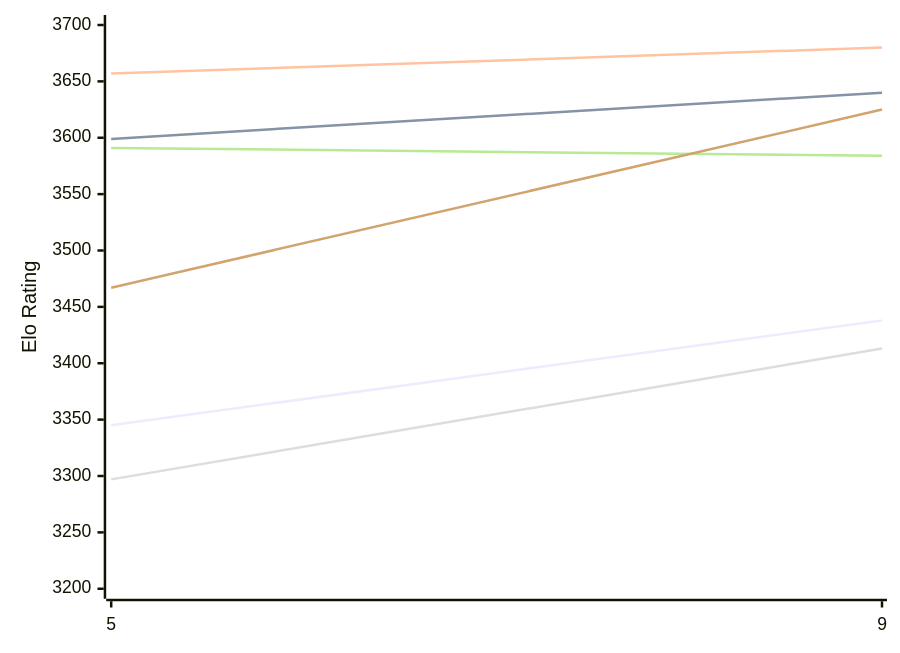
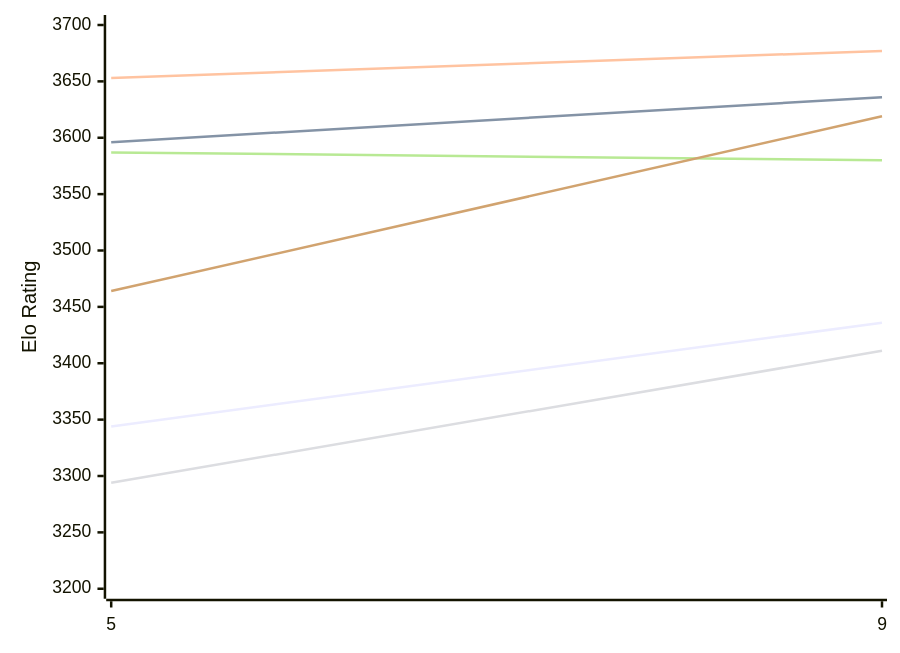
Before and after one commit to computer-chess-index/cci: the first of 2 diagrams in engines/Crystal.md, drawn with Mermaid. The commit also changed other lines of this file, not shown here.

Commit message:
Update CCI Ratings (ELO VLTC) - 2026-11-19

````diff
--- a/engines/Crystal.md
+++ b/engines/Crystal.md
@@ -50,12 +50,12 @@
 ```mermaid
 %%{init: {"theme":"base","themeVariables":{"seriesColors:['#a3a3a3','#222221','#faa371']}}}%%
 xychart-beta
   x-axis ["5", "9"]
   y-axis "Elo Rating" 3200 --> 3700
-  line "E1: STC (8.0+0.08s)" [3345, 3438]
-  line "E1: LTC (60.0+0.60s)" [3599, 3640]
-  line "E1: VLTC (2m24s+1.12s)" [3657, 3680]
-  line "P1: STC (8.0+0.08s)" [3297, 3413]
-  line "P1: LTC (60.0+0.60s)" [3591, 3584]
-  line "P1: VLTC (2m24s+1.12s)" [3467, 3625]
+  line "E1: STC (8.0+0.08s)" [3344, 3436]
+  line "E1: LTC (60.0+0.60s)" [3596, 3636]
+  line "E1: VLTC (2m24s+1.12s)" [3653, 3677]
+  line "P1: STC (8.0+0.08s)" [3294, 3411]
+  line "P1: LTC (60.0+0.60s)" [3587, 3580]
+  line "P1: VLTC (2m24s+1.12s)" [3464, 3619]
 ```
````
